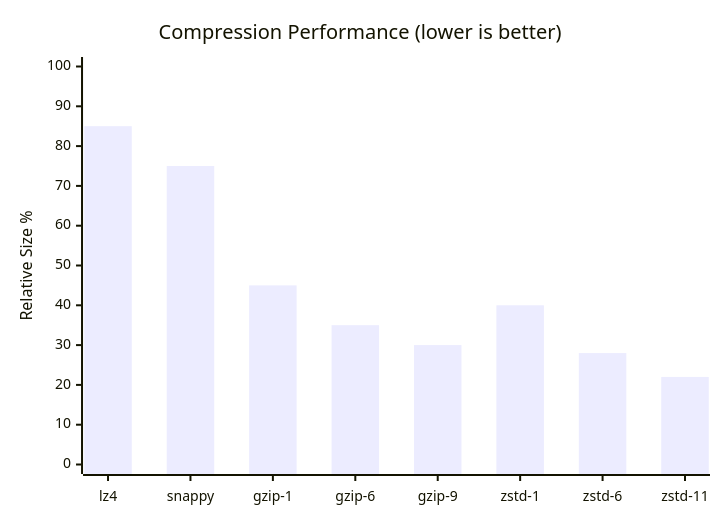
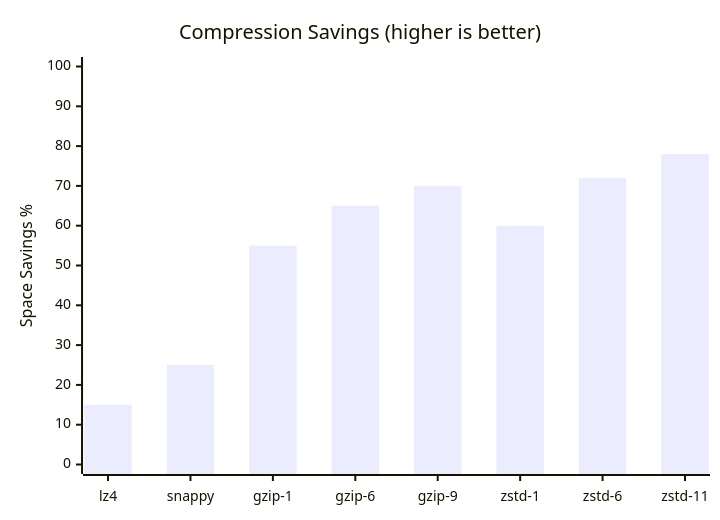
One commit to szibis/metrics-governor changed the second of 2 diagrams in docs/compression.md. Above: the diagram before and after it, drawn with Mermaid. The commit also changed 6 other files, not shown here.

First line of the commit message:
fix: compression chart, standardize zstd, fix dashboard bytes queries

````diff
--- a/docs/compression.md
+++ b/docs/compression.md
@@ -41,7 +41,7 @@
 ```mermaid
 xychart-beta
-    title "Compression Performance (lower is better)"
+    title "Compression Savings (higher is better)"
     x-axis [lz4, snappy, gzip-1, gzip-6, gzip-9, zstd-1, zstd-6, zstd-11]
-    y-axis "Relative Size %" 0 --> 100
-    bar [85, 75, 45, 35, 30, 40, 28, 22]
+    y-axis "Space Savings %" 0 --> 100
+    bar [15, 25, 55, 65, 70, 60, 72, 78]
 ```
````
